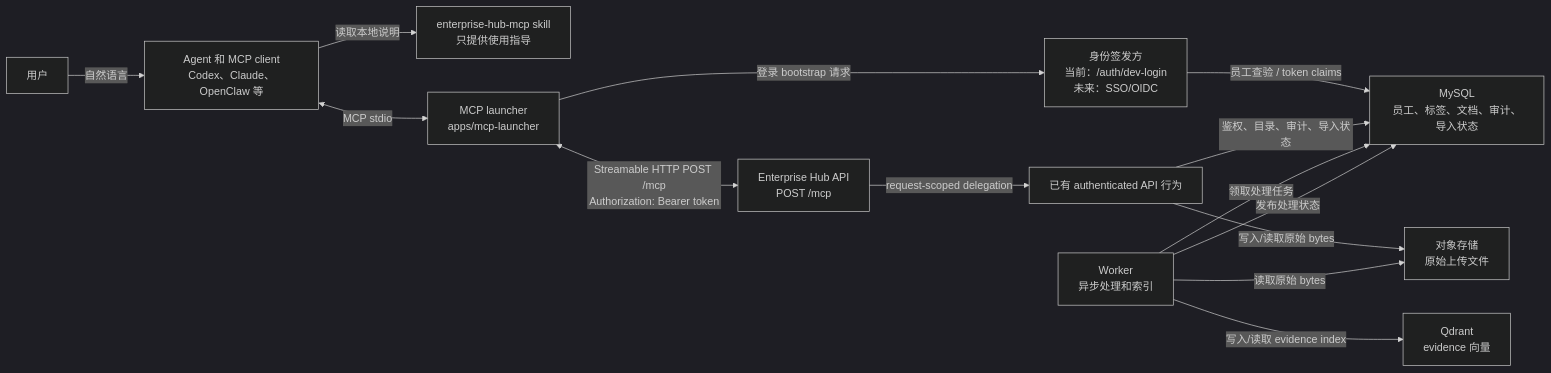
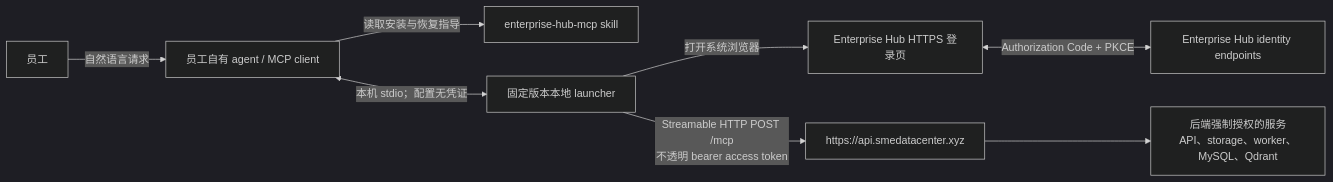
Before and after one commit to YinXiaoyu-1998/SME_DATA_CENTER: the first of 2 diagrams in docs/implementation/mcp-user-flow.zh.md, drawn with Mermaid (dark theme). The commit also changed other lines of this file and 9 other files, not shown here.

Commit message:
docs: define official Enterprise Hub MCP client flow

````diff
--- a/docs/implementation/mcp-user-flow.zh.md
+++ b/docs/implementation/mcp-user-flow.zh.md
@@ -21,28 +15,10 @@
 ```mermaid
 flowchart LR
-  User["用户"]
-  Agent["Agent 和 MCP client<br/>Codex、Claude、OpenClaw 等"]
-  Skill["enterprise-hub-mcp skill<br/>只提供使用指导"]
-  Launcher["MCP launcher<br/>apps/mcp-launcher"]
-  ApiMcp["Enterprise Hub API<br/>POST /mcp"]
-  Auth["身份签发方<br/>当前：/auth/dev-login<br/>未来：SSO/OIDC"]
-  ApiRoutes["已有 authenticated API 行为"]
-  Db["MySQL<br/>员工、标签、文档、审计、导入状态"]
-  Storage["对象存储<br/>原始上传文件"]
-  Worker["Worker<br/>异步处理和索引"]
-  Qdrant["Qdrant<br/>evidence 向量"]
-
-  User -->|"自然语言"| Agent
-  Agent -->|"读取本地说明"| Skill
-  Agent <-->|"MCP stdio"| Launcher
-  Launcher <-->|"Streamable HTTP POST /mcp<br/>Authorization: Bearer token"| ApiMcp
-  Launcher -->|"登录 bootstrap 请求"| Auth
-  ApiMcp -->|"request-scoped delegation"| ApiRoutes
-  Auth -->|"员工查验 / token claims"| Db
-  ApiRoutes -->|"鉴权、目录、审计、导入状态"| Db
-  ApiRoutes -->|"写入/读取原始 bytes"| Storage
-  Worker -->|"领取处理任务"| Db
-  Worker -->|"读取原始 bytes"| Storage
-  Worker -->|"写入/读取 evidence index"| Qdrant
-  Worker -->|"发布处理状态"| Db
+  Employee["员工"] -->|"自然语言请求"| Agent["员工自有 agent / MCP client"]
+  Agent -->|"读取安装与恢复指导"| Skill["enterprise-hub-mcp skill"]
+  Agent <-->|"本机 stdio；配置无凭证"| Launcher["固定版本本地 launcher"]
+  Launcher -->|"打开系统浏览器"| Browser["Enterprise Hub HTTPS 登录页"]
+  Browser <-->|"Authorization Code + PKCE"| Auth["Enterprise Hub identity endpoints"]
+  Launcher -->|"Streamable HTTP POST /mcp\n不透明 bearer access token"| Api["https://api.smedatacenter.xyz"]
+  Api --> Data["后端强制授权的服务\nAPI、storage、worker、MySQL、Qdrant"]
 ```
````
